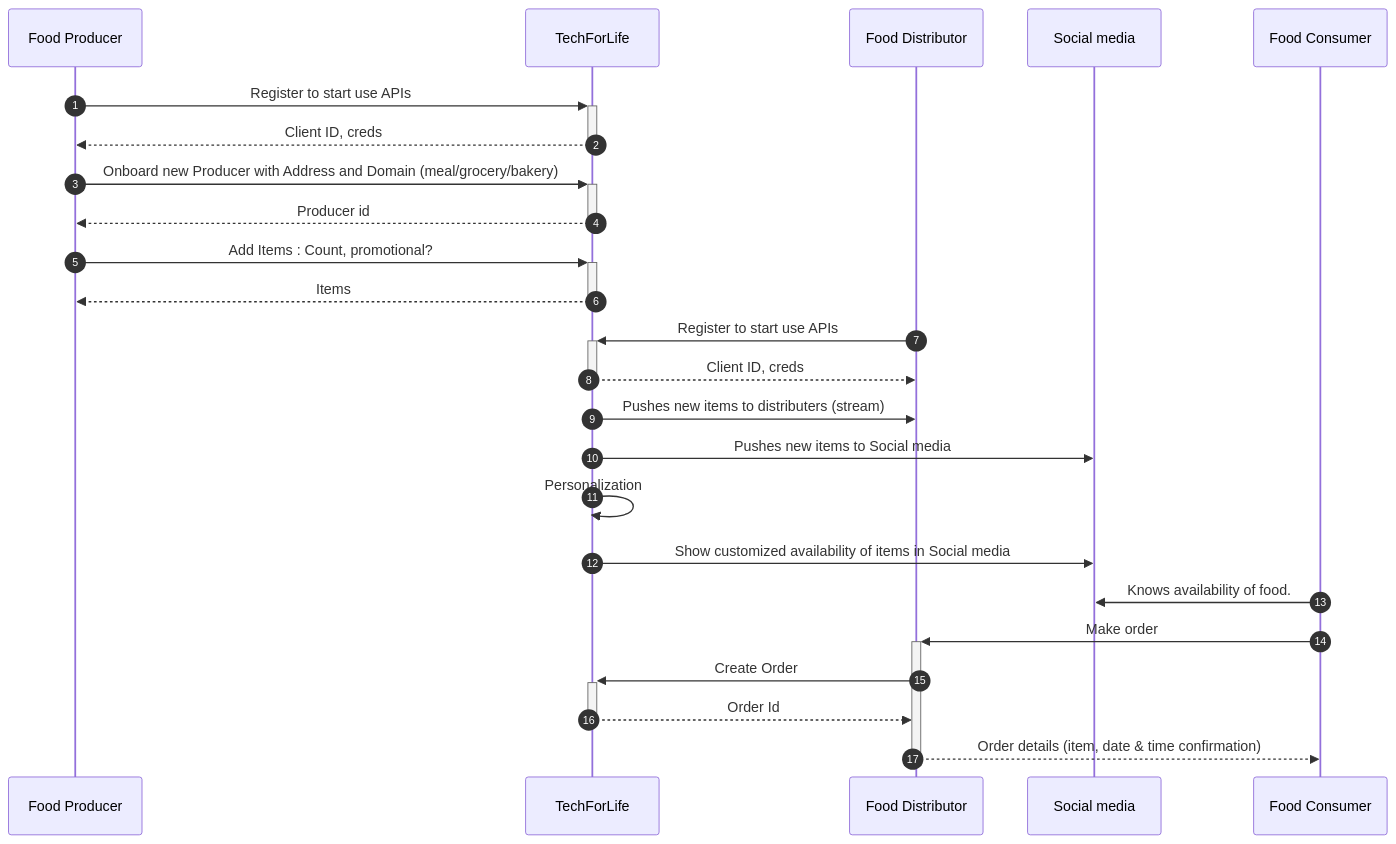
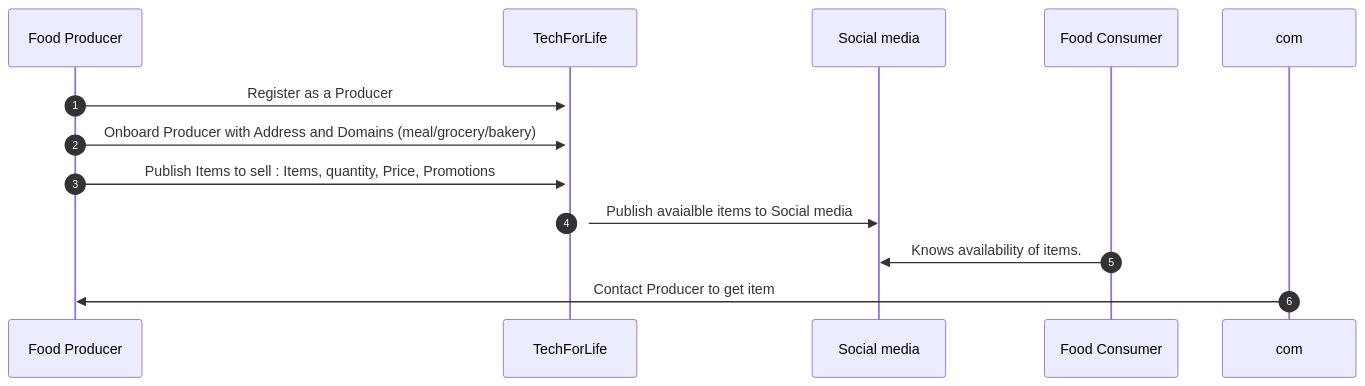
One commit to foodforlife-sreejith824/tech-for-life changed the second of 2 diagrams in README.md. Above: the diagram before and after it, drawn with Mermaid. The commit also changed other lines of this file and 1 other file, not shown here.

Commit message:
Phase 1 scope

````diff
--- a/README.md
+++ b/README.md
@@ -47,34 +48,16 @@
 ```mermaid
 
 sequenceDiagram
     autonumber
     participant prod as Food Producer
     participant sys as TechForLife
-    
-    participant dist as Food Distributor
     participant med as Social media
     participant con as Food Consumer
 
-    prod ->>+ sys : Register to start use APIs
-    sys -->>- prod : Client ID, creds  
-
-    prod ->>+ sys : Onboard new Producer with Address and Domain (meal/grocery/bakery)
-    sys -->>- prod : Producer id
-    prod ->>+ sys : Add Items : Count, promotional?
-    sys -->>- prod : Items
-    
-    dist ->>+ sys : Register to start use APIs
-    sys -->>- dist : Client ID, creds  
-
-    sys ->> dist : Pushes new items to distributers  (stream)
-    
-    sys ->> med : Pushes new items to Social media
-    sys ->> sys : Personalization
-    sys ->> med : Show customized availability of items in Social media
-
-    con ->> med : Knows availability of food.
-    con ->>+ dist : Make order
-    dist ->>+ sys : Create Order
-    sys -->>- dist : Order Id
-    dist -->>- con : Order details (item, date & time confirmation)
+    prod ->>+ sys : Register as a Producer
+    prod ->>+ sys : Onboard Producer with Address and Domains (meal/grocery/bakery)
+    prod ->>+ sys : Publish Items to sell : Items, quantity, Price, Promotions    
+    sys ->> med : Publish avaialble items to Social media
+    con ->> med : Knows availability of items.
+    com ->> prod : Contact Producer to get item
 ```
````
